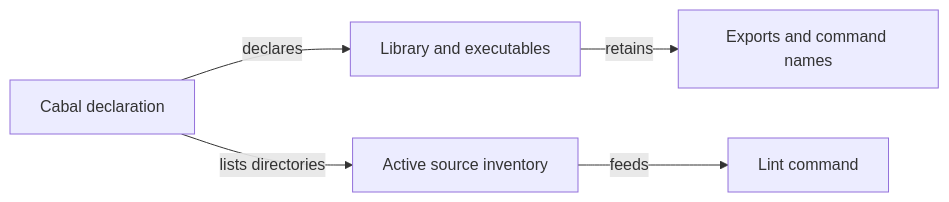
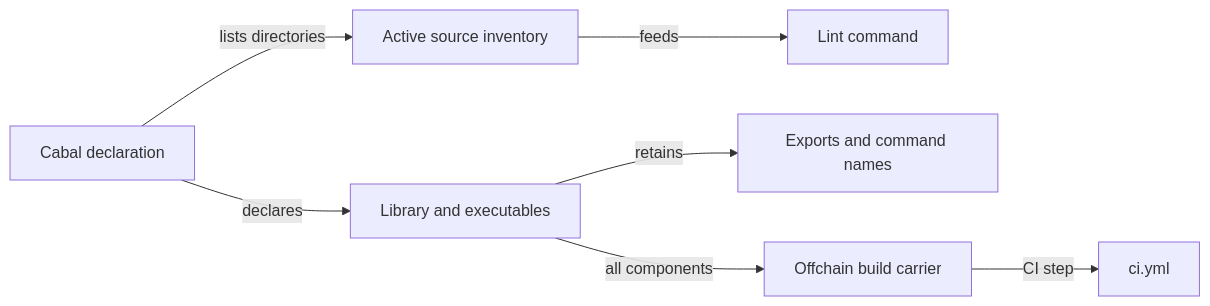
One commit to lambdasistemi/singular changed the diagram in specs/264-haskell-lint-coverage/modules-model.md. Above: the diagram before and after it, drawn with Mermaid. The commit also changed other lines of this file and 3 other files, not shown here.

First line of the commit message:
docs: bind complete offchain component CI carrier

````diff
--- a/specs/264-haskell-lint-coverage/modules-model.md
+++ b/specs/264-haskell-lint-coverage/modules-model.md
@@ -7,7 +7,9 @@
 ```mermaid
 flowchart LR
     A[Cabal declaration] -->|declares| B[Library and executables]
     A -->|lists directories| C[Active source inventory]
     C -->|feeds| D[Lint command]
     B -->|retains| E[Exports and command names]
+    B -->|all components| F[Offchain build carrier]
+    F -->|CI step| G[ci.yml]
 ```
````
